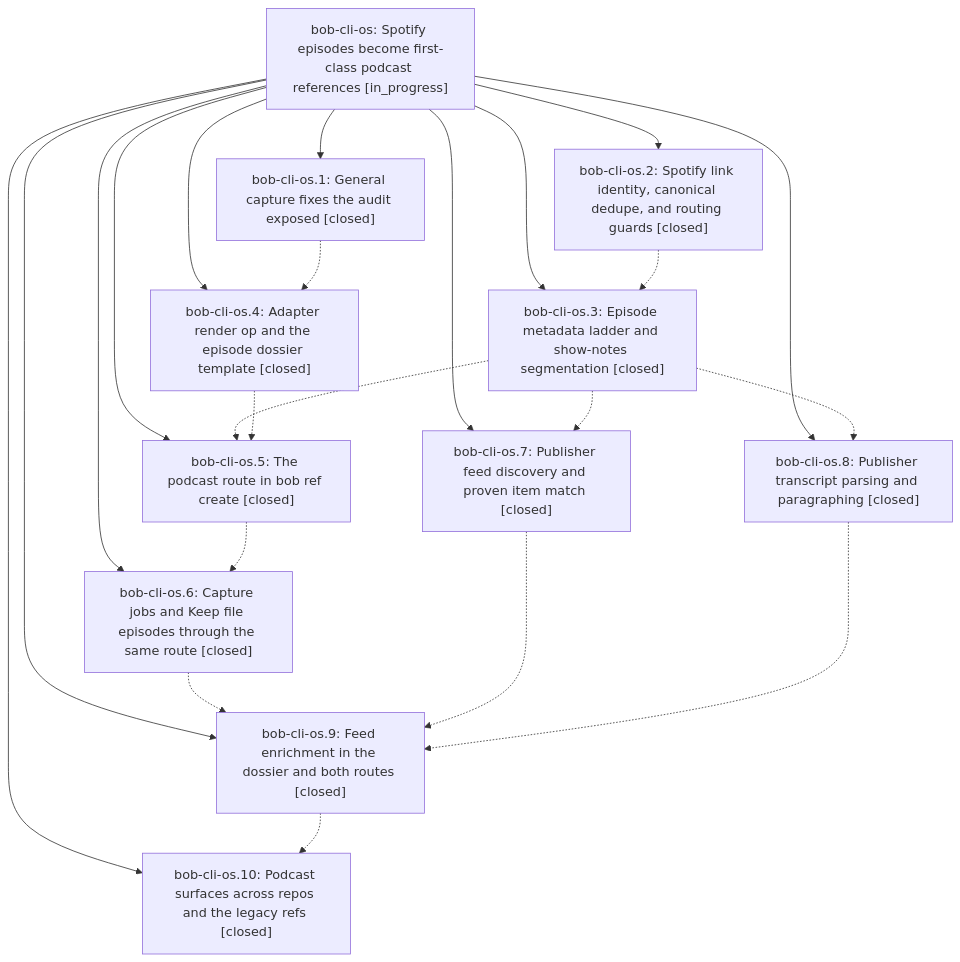
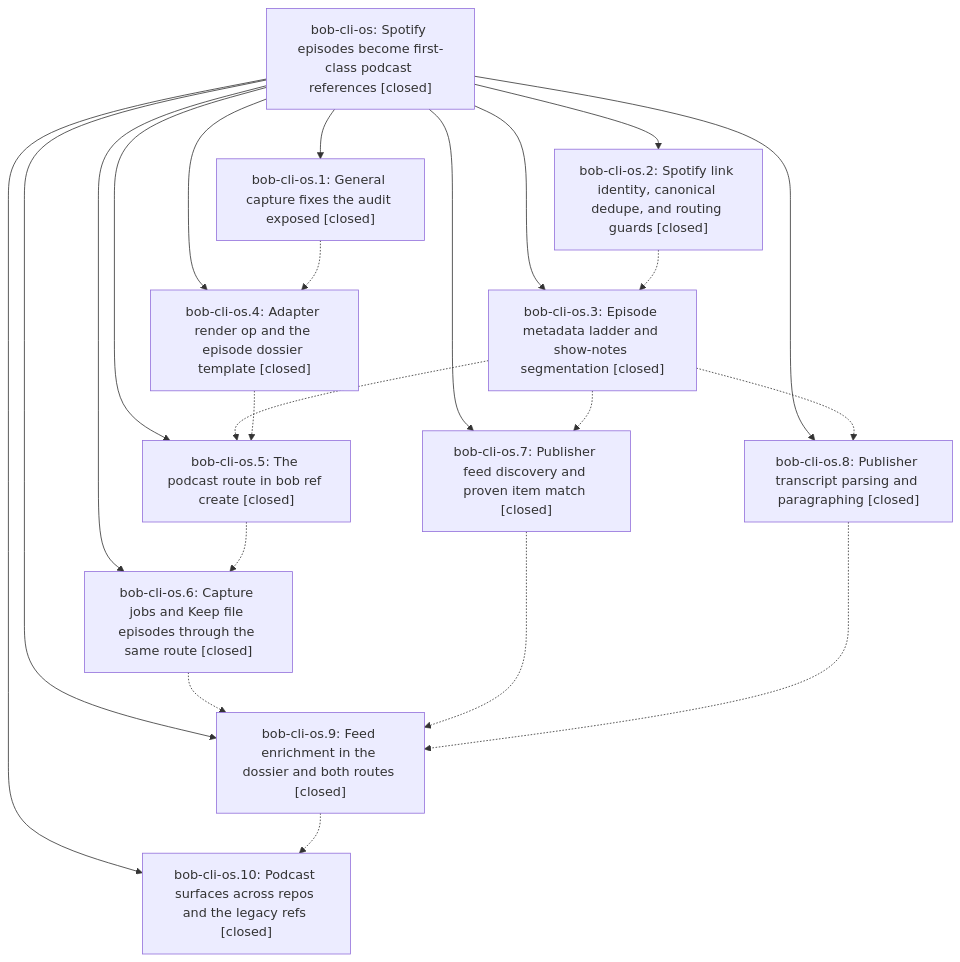
One commit to bobs-org/bob-cli--beads changed the diagram in pages/bob-cli-os/README.md. Above: the diagram before and after it, drawn with Mermaid. The commit also changed other lines of this file and 10 other files, not shown here.

First line of the commit message:
chore(beads): sync bead state and pages for bob-cli-os

````diff
--- a/pages/bob-cli-os/README.md
+++ b/pages/bob-cli-os/README.md
@@ -51,35 +86,35 @@
 ```mermaid
 flowchart TD
-    n0["bob-cli-os: Spotify episodes become first-class podcast references [in_progress]"]
+    n0["bob-cli-os: Spotify episodes become first-class podcast references [closed]"]
     n1["bob-cli-os.1: General capture fixes the audit exposed [closed]"]
     n2["bob-cli-os.10: Podcast surfaces across repos and the legacy refs [closed]"]
     n3["bob-cli-os.2: Spotify link identity, canonical dedupe, and routing guards [closed]"]
     n4["bob-cli-os.3: Episode metadata ladder and show-notes segmentation [closed]"]
     n5["bob-cli-os.4: Adapter render op and the episode dossier template [closed]"]
     n6["bob-cli-os.5: The podcast route in bob ref create [closed]"]
     n7["bob-cli-os.6: Capture jobs and Keep file episodes through the same route [closed]"]
     n8["bob-cli-os.7: Publisher feed discovery and proven item match [closed]"]
     n9["bob-cli-os.8: Publisher transcript parsing and paragraphing [closed]"]
     n10["bob-cli-os.9: Feed enrichment in the dossier and both routes [closed]"]
     n0 --> n1
     n0 --> n2
     n0 --> n3
     n0 --> n4
     n0 --> n5
     n0 --> n6
     n0 --> n7
     n0 --> n8
     n0 --> n9
     n0 --> n10
     n1 -.-> n5
     n3 -.-> n4
     n4 -.-> n6
     n4 -.-> n8
     n4 -.-> n9
     n5 -.-> n6
     n6 -.-> n7
     n7 -.-> n10
     n8 -.-> n10
     n9 -.-> n10
     n10 -.-> n2
 ```
````
